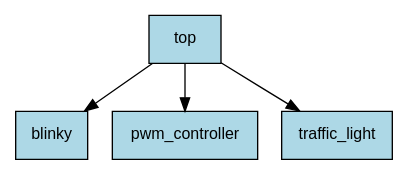
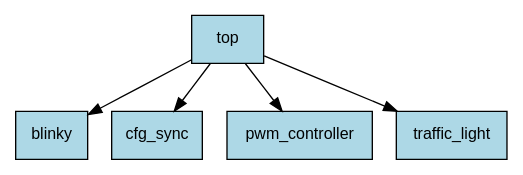
The diagram in docs/hierarchy.dot (FPGA-James/HDLAutoDoc), drawn with Graphviz before and after one commit. The commit also changed 292 other files, not shown here.

```diff
--- a/docs/hierarchy.dot
+++ b/docs/hierarchy.dot
@@ -1,11 +1,12 @@
 digraph hierarchy {
     rankdir=TB;
     node [shape=box, style=filled, fillcolor=lightblue,
           fontname=Helvetica, fontsize=12];
     edge [fontname=Helvetica, fontsize=10];
 
 
     top -> blinky;
+    top -> cfg_sync;
     top -> pwm_controller;
     top -> traffic_light;
 }
```
